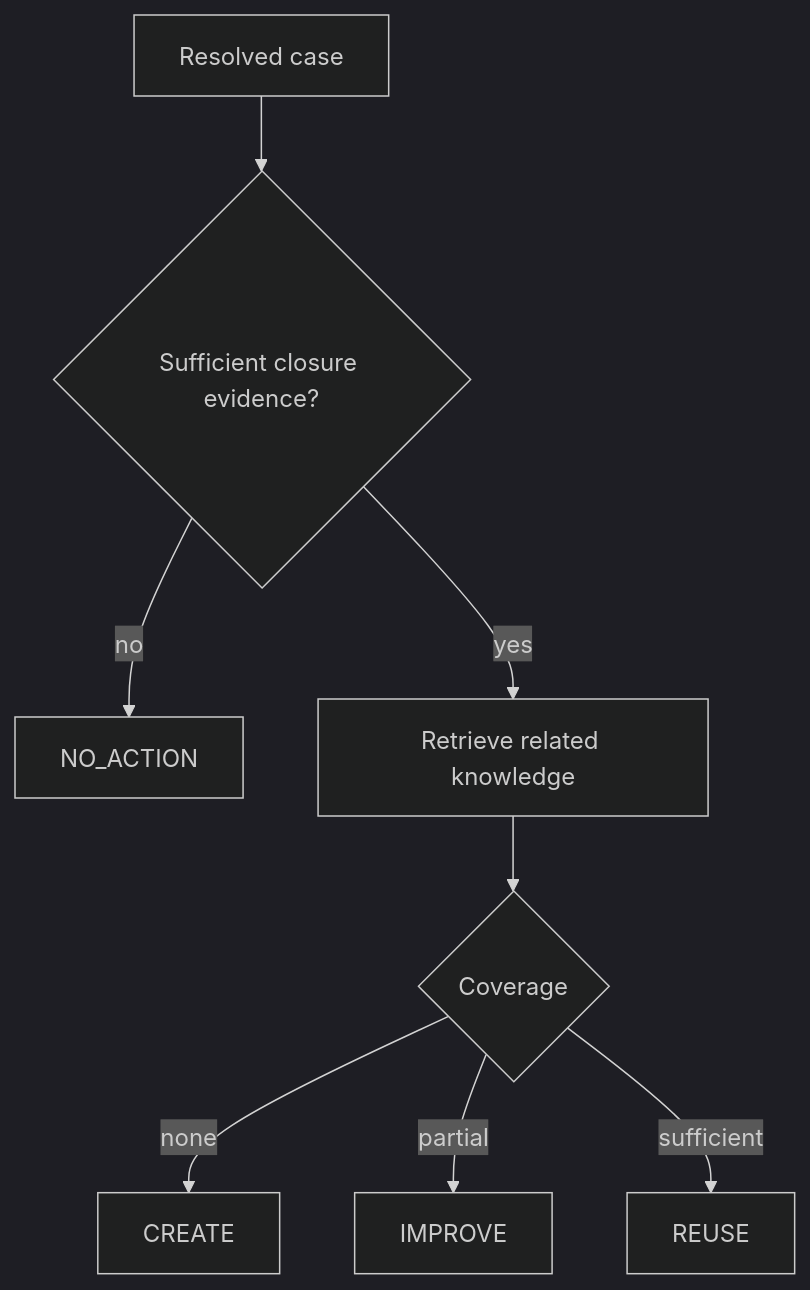
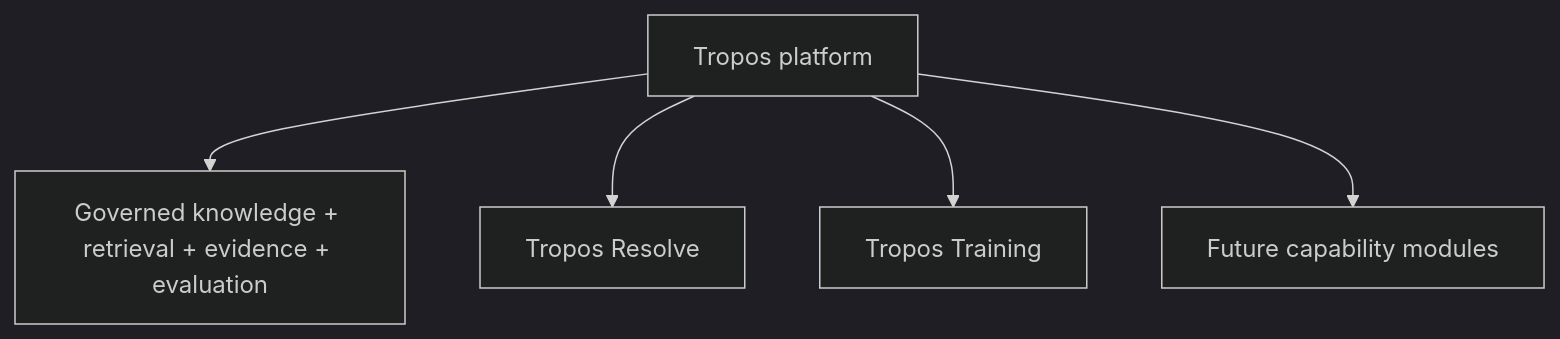
Before and after one commit to kumarchandansingh/tropos: the diagram in docs/product/PRODUCT_MODEL.md, drawn with Mermaid (dark theme). The commit also changed other lines of this file and 16 other files, not shown here.

First line of the commit message:
docs: reconcile Tropos product architecture and decision history (#69)

````diff
--- a/docs/product/PRODUCT_MODEL.md
+++ b/docs/product/PRODUCT_MODEL.md
@@ -11,11 +7,8 @@
 ```mermaid
-flowchart TD
-    Case[Resolved case]
-    --> Evidence{Sufficient closure evidence?}
-    Evidence -- no --> NoAction[NO_ACTION]
-    Evidence -- yes --> Retrieve[Retrieve related knowledge]
-    Retrieve --> Coverage{Coverage}
-    Coverage -- none --> Create[CREATE]
-    Coverage -- partial --> Improve[IMPROVE]
-    Coverage -- sufficient --> Reuse[REUSE]
+flowchart TB
+    Platform[Tropos platform]
+    Platform --> Core[Governed knowledge + retrieval + evidence + evaluation]
+    Platform --> Resolve[Tropos Resolve]
+    Platform --> Training[Tropos Training]
+    Platform --> Future[Future capability modules]
 ```
````
